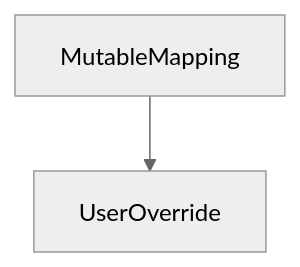
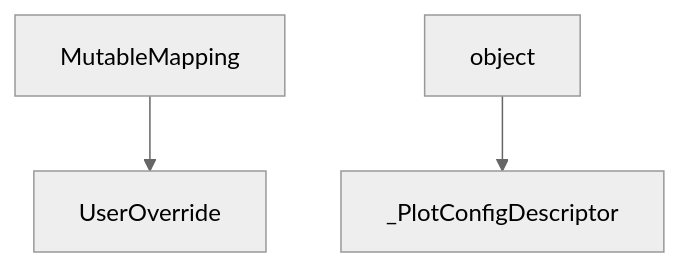
One commit to ovitrac/SFPPy changed the tenth of 10 diagrams in docs/SFPPy_classes_documentation.md. Above: the diagram before and after it, drawn with Mermaid (neutral theme). The commit also changed other lines of this file and 53 other files, not shown here.

````diff
--- a/docs/SFPPy_classes_documentation.md
+++ b/docs/SFPPy_classes_documentation.md
@@ -3583,5 +3583,7 @@
 ```mermaid
 graph TD;
 UserOverride
+_PlotConfigDescriptor
 MutableMapping --> UserOverride
+object --> _PlotConfigDescriptor
 ```
````
